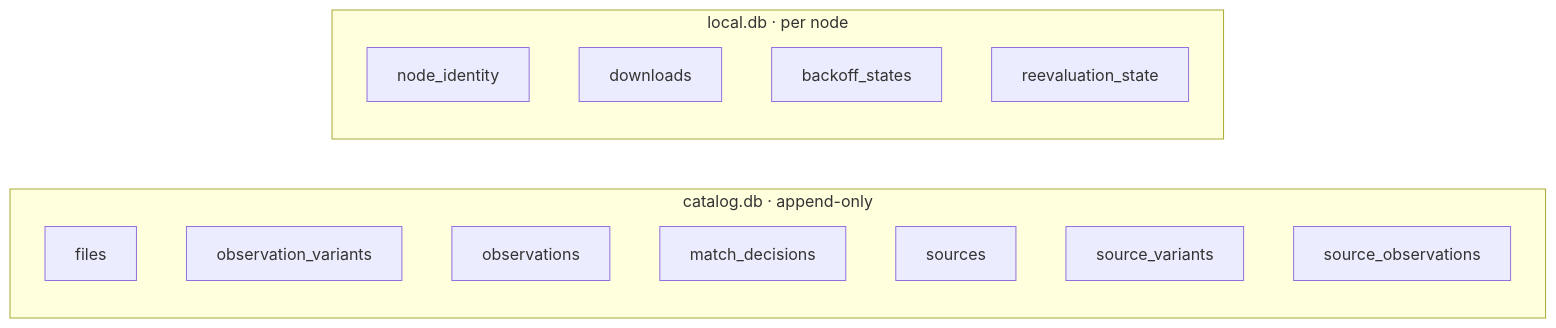
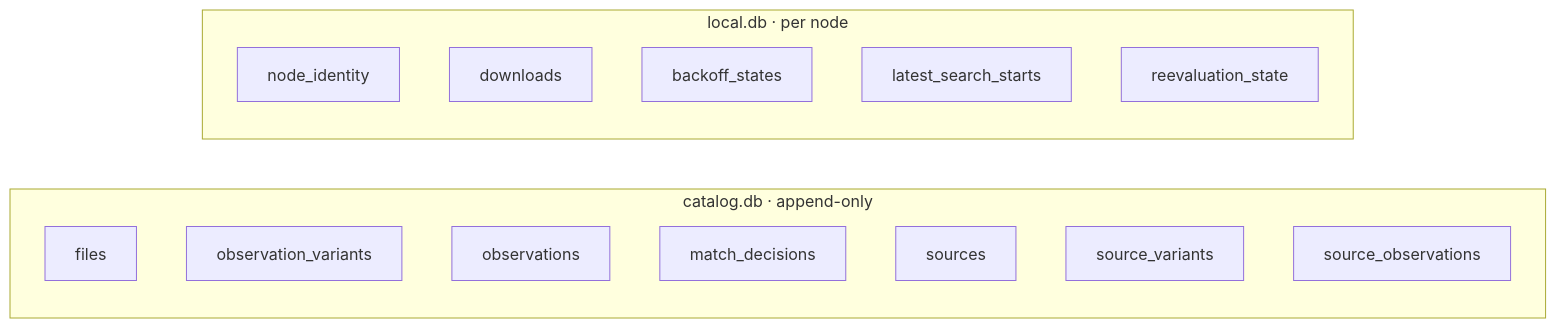
One commit to mission-titar/p2pwatch changed the ninth of 12 diagrams in docs/contributing/architecture.md. Above: the diagram before and after it, drawn with Mermaid. The commit also changed other lines of this file and 24 other files, not shown here.

First line of the commit message:
feat(crawler): each client's latest search starts kept in local.db, a client built anew spacing its first starts from them

````diff
--- a/docs/contributing/architecture.md
+++ b/docs/contributing/architecture.md
@@ -465,18 +468,19 @@
 ```mermaid
 flowchart LR
   subgraph cat["catalog.db · append-only"]
     f["files"]
     ov["observation_variants"]
     o["observations"]
     md["match_decisions"]
     s["sources"]
     sv["source_variants"]
     so["source_observations"]
   end
   subgraph loc["local.db · per node"]
     ni["node_identity"]
     dl["downloads"]
     bs["backoff_states"]
+    ls["latest_search_starts"]
     rs["reevaluation_state"]
   end
 ```
````
